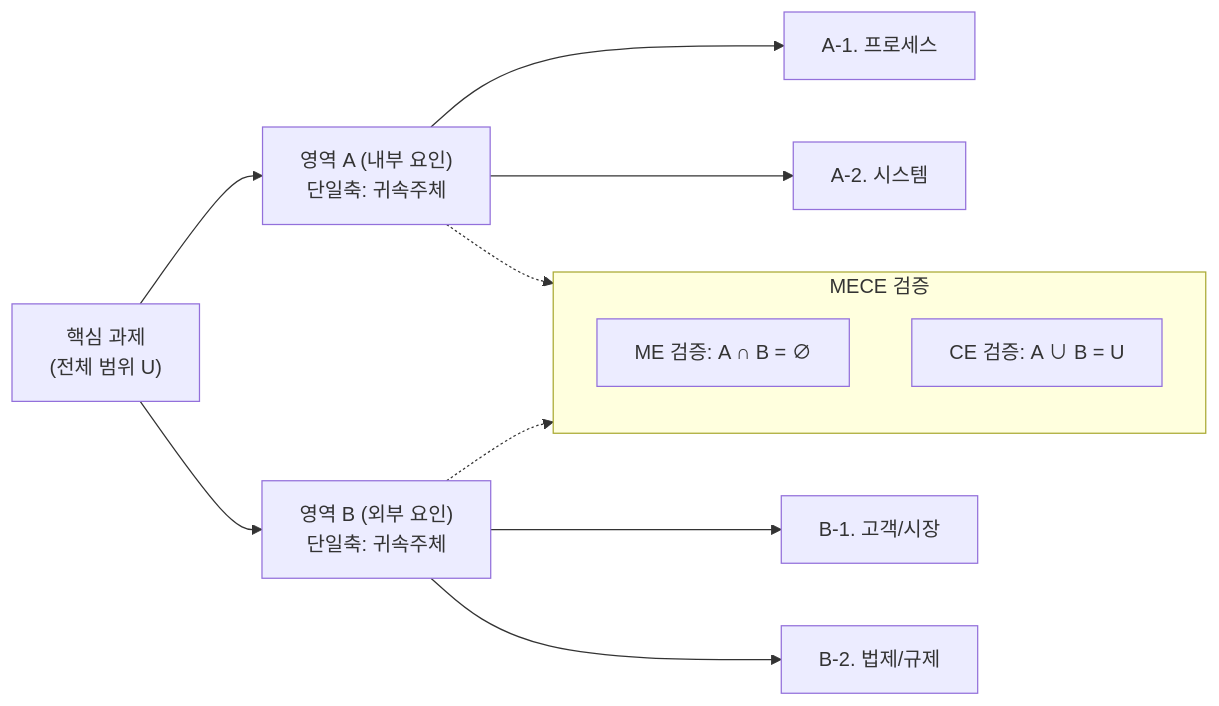
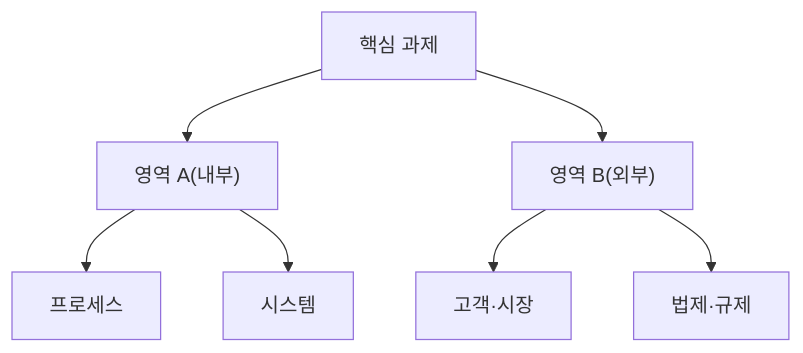
The second of 4 diagrams in src/content/docs/notes/itpe/01-it-strategy/045_mece.md (agnusdei1207/study), drawn with Mermaid before and after one commit. The commit also changed other lines of this file and 19 other files, not shown here.

````diff
--- a/src/content/docs/notes/itpe/01-it-strategy/045_mece.md
+++ b/src/content/docs/notes/itpe/01-it-strategy/045_mece.md
@@ -77,18 +77,9 @@
 ```mermaid
-flowchart LR
-    ROOT["핵심 과제<br/>(전체 범위 U)"] --> L1_A["영역 A (내부 요인)<br/>단일축: 귀속주체"]
-    ROOT --> L1_B["영역 B (외부 요인)<br/>단일축: 귀속주체"]
-    
-    L1_A --> A1["A-1. 프로세스"]
-    L1_A --> A2["A-2. 시스템"]
-    
-    L1_B --> B1["B-1. 고객/시장"]
-    L1_B --> B2["B-2. 법제/규제"]
-    
-    subgraph VAL["MECE 검증"]
-        V1["ME 검증: A ∩ B = ∅"]
-        V2["CE 검증: A ∪ B = U"]
-    end
-    L1_A -.-> VAL
-    L1_B -.-> VAL
+flowchart TD
+    ROOT["핵심 과제"] --> L1_A["영역 A(내부)"]
+    ROOT --> L1_B["영역 B(외부)"]
+    L1_A --> A1["프로세스"]
+    L1_A --> A2["시스템"]
+    L1_B --> B1["고객·시장"]
+    L1_B --> B2["법제·규제"]
 ```
````
